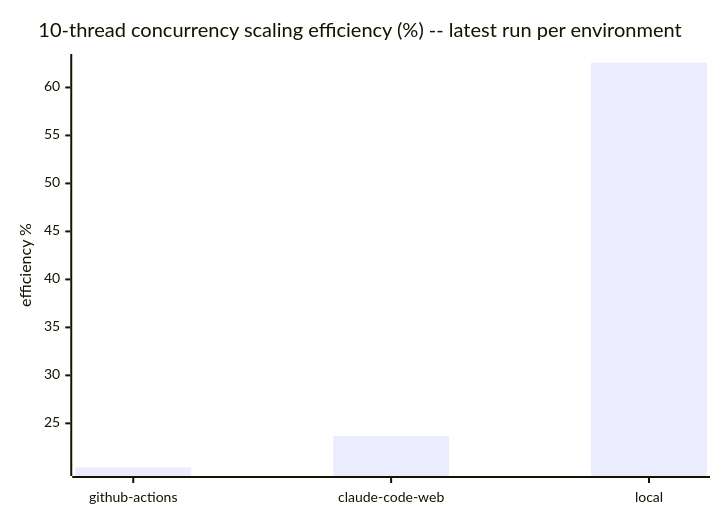
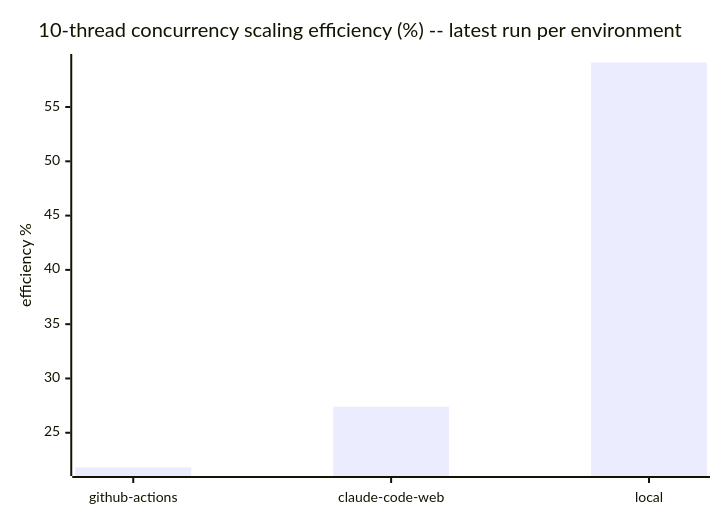
The fifth of 5 diagrams in docs/benchmarks/README.md (cpb/duckling), drawn with Mermaid before and after one commit. The commit also changed other lines of this file and 14 other files, not shown here.

````diff
--- a/docs/benchmarks/README.md
+++ b/docs/benchmarks/README.md
@@ -143,7 +143,7 @@
 ```mermaid
 xychart-beta
     title "10-thread concurrency scaling efficiency (%) -- latest run per environment"
     x-axis [github-actions, claude-code-web, local]
     y-axis "efficiency %"
-    bar "efficiency_pct" [20.4, 23.7, 62.6]
+    bar "efficiency_pct" [21.8, 27.4, 59.1]
 ```
````
